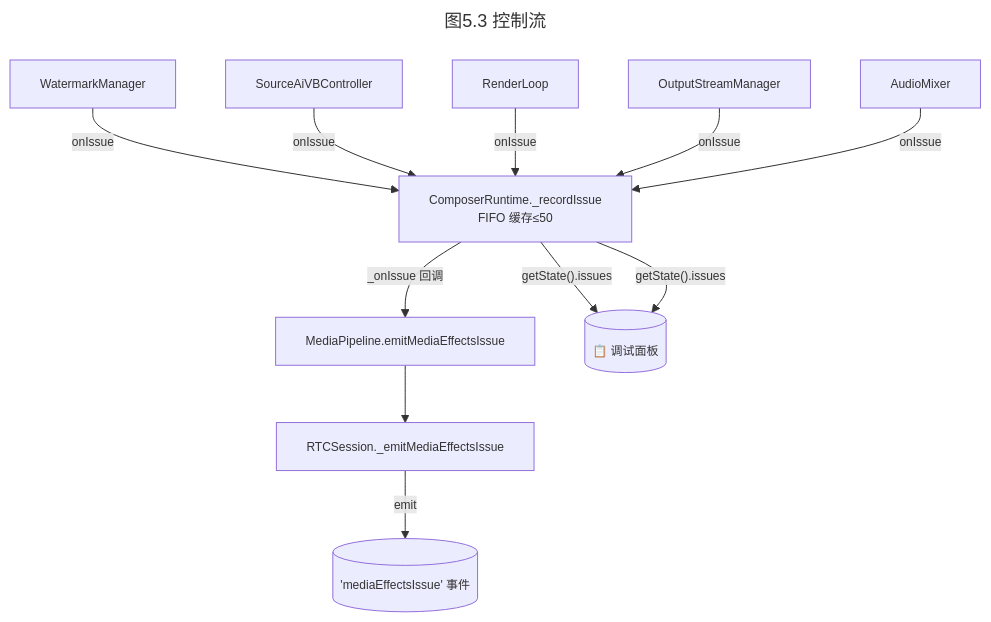
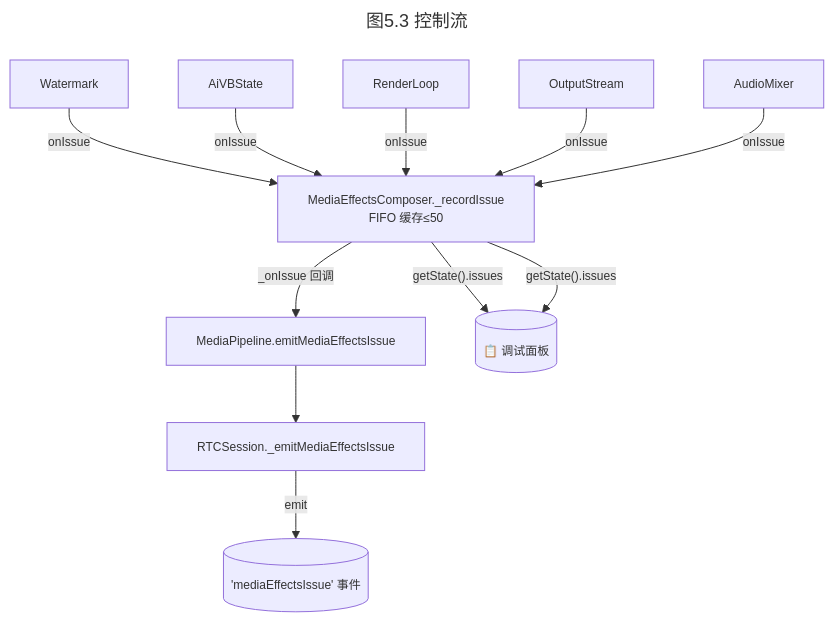
One commit to lei40251/JsSIP changed the sixth of 19 diagrams in docs/MediaEffectsComposer-学习手册.md. Above: the diagram before and after it, drawn with Mermaid. The commit also changed other lines of this file and 72 other files, not shown here.

First line of the commit message:
refactor: 合并精简 MediaEffectsComposer/AiNS/BFCP 模块，消除过度抽象层

````diff
--- a/docs/MediaEffectsComposer-学习手册.md
+++ b/docs/MediaEffectsComposer-学习手册.md
@@ -370,29 +356,29 @@
 ```mermaid
 ---
 title: 图5.3  控制流
 config:
   themeVariables:
     fontSize: 12px
 ---
 graph TD
-    WM["WatermarkManager"]
-    AVB["SourceAiVBController"]
+    WM["Watermark"]
+    AVB["AiVBState"]
     RL["RenderLoop"]
-    OM["OutputStreamManager"]
+    OM["OutputStream"]
     AM["AudioMixer"]
-    CRT["ComposerRuntime._recordIssue<br/>FIFO 缓存≤50"]
+    CRT["MediaEffectsComposer._recordIssue<br/>FIFO 缓存≤50"]
 
     WM -->|"onIssue"| CRT
     AVB -->|"onIssue"| CRT
     RL -->|"onIssue"| CRT
     OM -->|"onIssue"| CRT
     AM -->|"onIssue"| CRT
 
     CRT -->|"_onIssue 回调"| MP["MediaPipeline.emitMediaEffectsIssue"]
     MP --> RS["RTCSession._emitMediaEffectsIssue"]
     RS -->|"emit"| EVT[("'mediaEffectsIssue' 事件")]
 
     CRT -->|"getState().issues"| DBG[("调试面板")]
 
     CRT -->|"getState().issues"| DBG[("📋 调试面板")]
 ```
````
